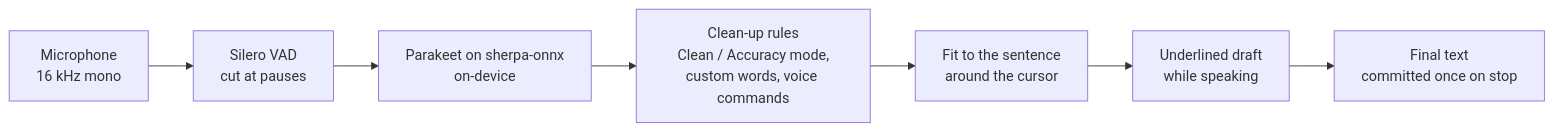
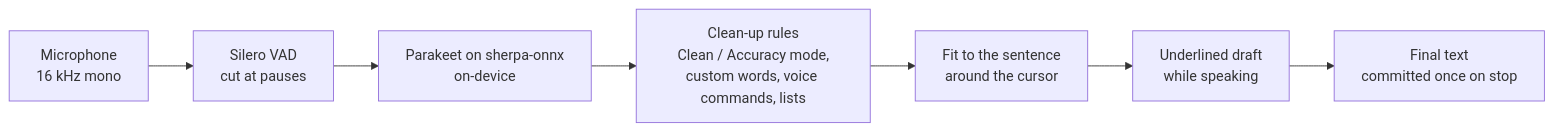
Before and after one commit to muhib-karim/humming-keyboard: the diagram in README.md, drawn with Mermaid. The commit also changed other lines of this file, not shown here.

````diff
--- a/README.md
+++ b/README.md
@@ -249,9 +269,9 @@
 ```mermaid
 flowchart LR
     Mic[Microphone<br/>16 kHz mono] --> VAD[Silero VAD<br/>cut at pauses]
     VAD --> ASR[Parakeet on sherpa-onnx<br/>on-device]
-    ASR --> Clean[Clean-up rules<br/>Clean / Accuracy mode,<br/>custom words, voice commands]
+    ASR --> Clean[Clean-up rules<br/>Clean / Accuracy mode,<br/>custom words, voice commands, lists]
     Clean --> Join[Fit to the sentence<br/>around the cursor]
     Join --> Draft[Underlined draft<br/>while speaking]
     Draft --> Commit[Final text<br/>committed once on stop]
 ```
````
